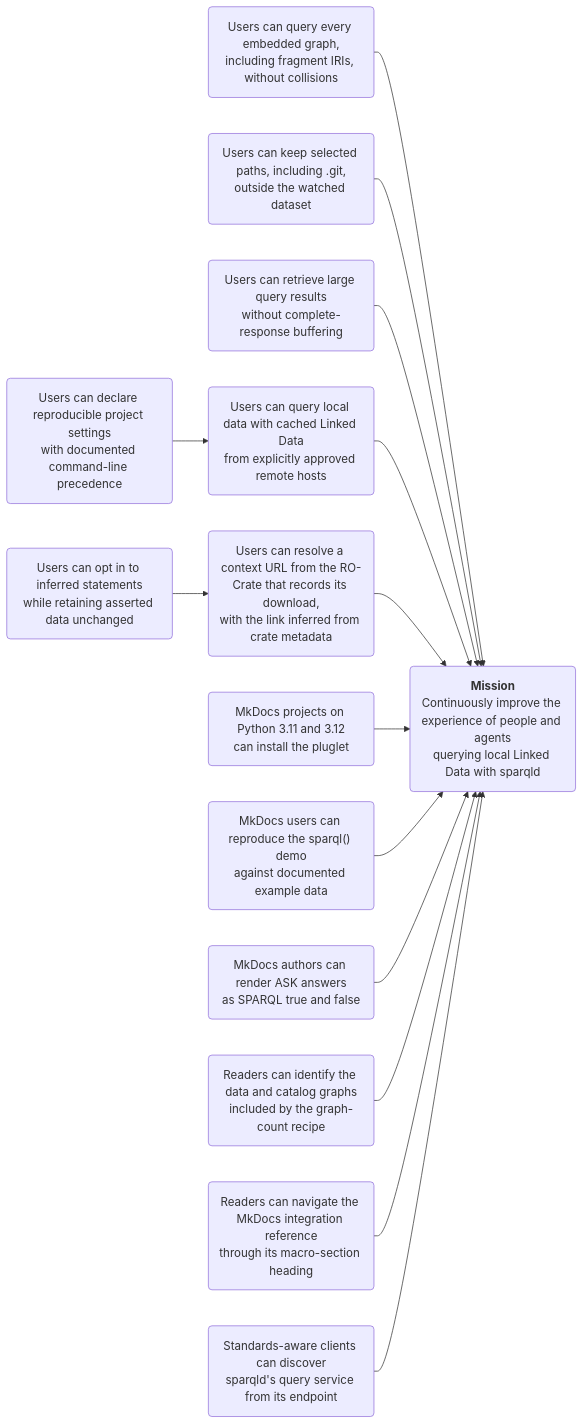
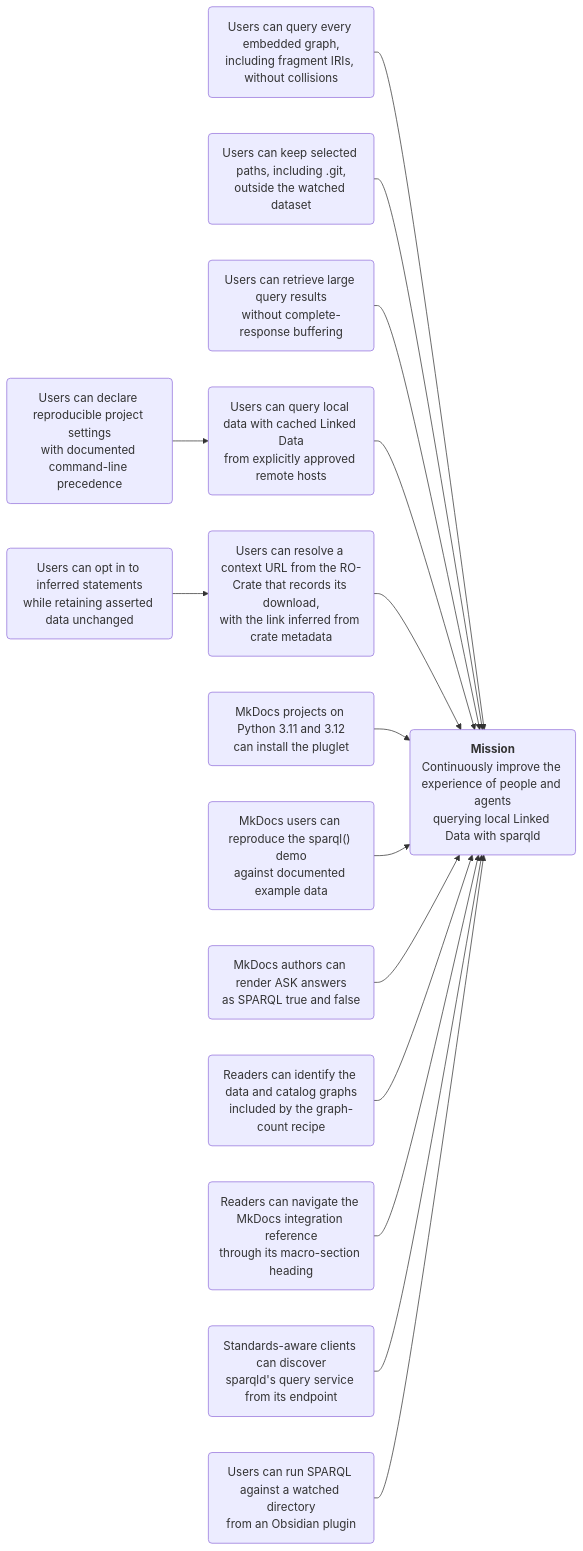
The diagram in docs/project/roadmap.md (iolanta-tech/sparqld), drawn with Mermaid before and after one commit. The commit also changed other lines of this file, not shown here.

Commit message:
Add Obsidian SPARQL plugin roadmap outcome

````diff
--- a/docs/project/roadmap.md
+++ b/docs/project/roadmap.md
@@ -23,32 +23,34 @@
 ```mermaid
 flowchart LR
     fragments("Users can query every embedded graph,<br/>including fragment IRIs, without collisions")
     exclusions("Users can keep selected paths, including .git,<br/>outside the watched dataset")
     streaming("Users can retrieve large query results<br/>without complete-response buffering")
     configuration("Users can declare reproducible project settings<br/>with documented command-line precedence")
     remote("Users can query local data with cached Linked Data<br/>from explicitly approved remote hosts")
     reasoning("Users can opt in to inferred statements<br/>while retaining asserted data unchanged")
     crateContexts("Users can resolve a context URL from the RO-Crate that records its download,<br/>with the link inferred from crate metadata")
     python("MkDocs projects on Python 3.11 and 3.12<br/>can install the pluglet")
     demo("MkDocs users can reproduce the sparql() demo<br/>against documented example data")
     ask("MkDocs authors can render ASK answers<br/>as SPARQL true and false")
     graphCounts("Readers can identify the data and catalog graphs<br/>included by the graph-count recipe")
     heading("Readers can navigate the MkDocs integration reference<br/>through its macro-section heading")
     discovery("Standards-aware clients can discover<br/>sparqld's query service from its endpoint")
+    obsidian("Users can run SPARQL against a watched directory<br/>from an Obsidian plugin")
     mission("<strong>Mission</strong><br/>Continuously improve the experience of people and agents<br/>querying local Linked Data with sparqld")
 
     configuration --> remote
     reasoning --> crateContexts
 
     fragments --> mission
     exclusions --> mission
     streaming --> mission
     remote --> mission
     crateContexts --> mission
     python --> mission
     demo --> mission
     ask --> mission
     graphCounts --> mission
     heading --> mission
     discovery --> mission
+    obsidian --> mission
 ```
````
